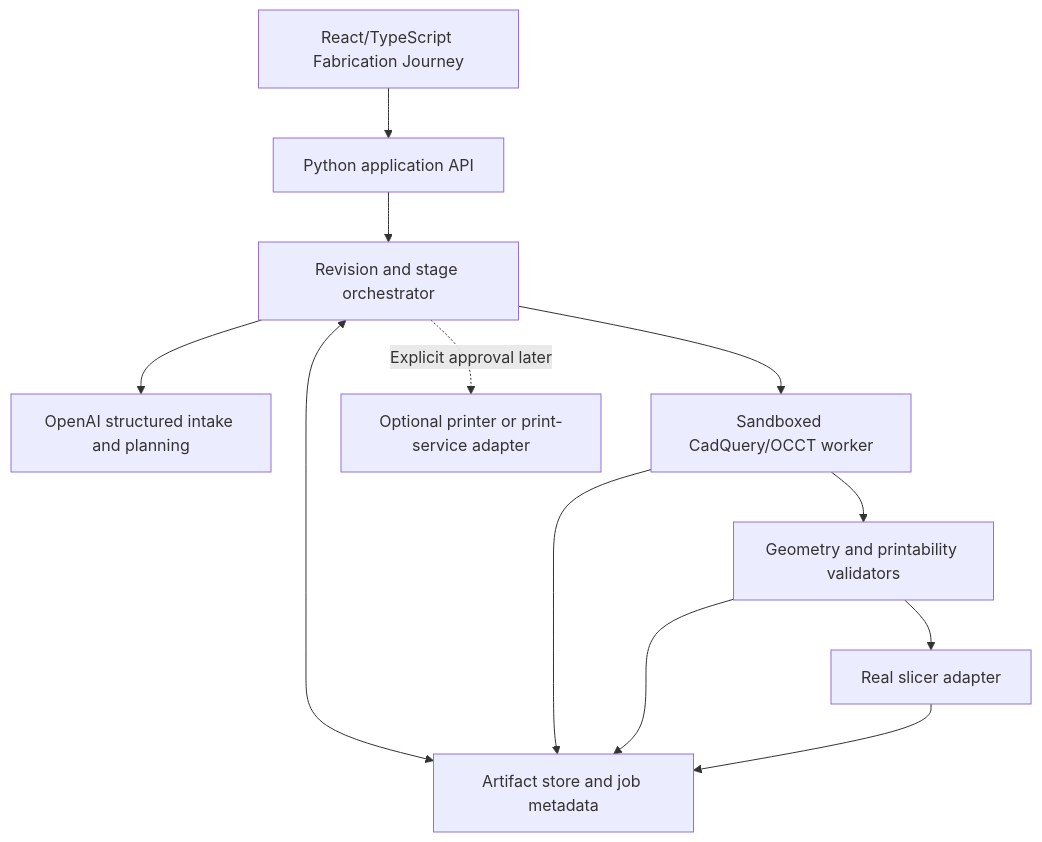
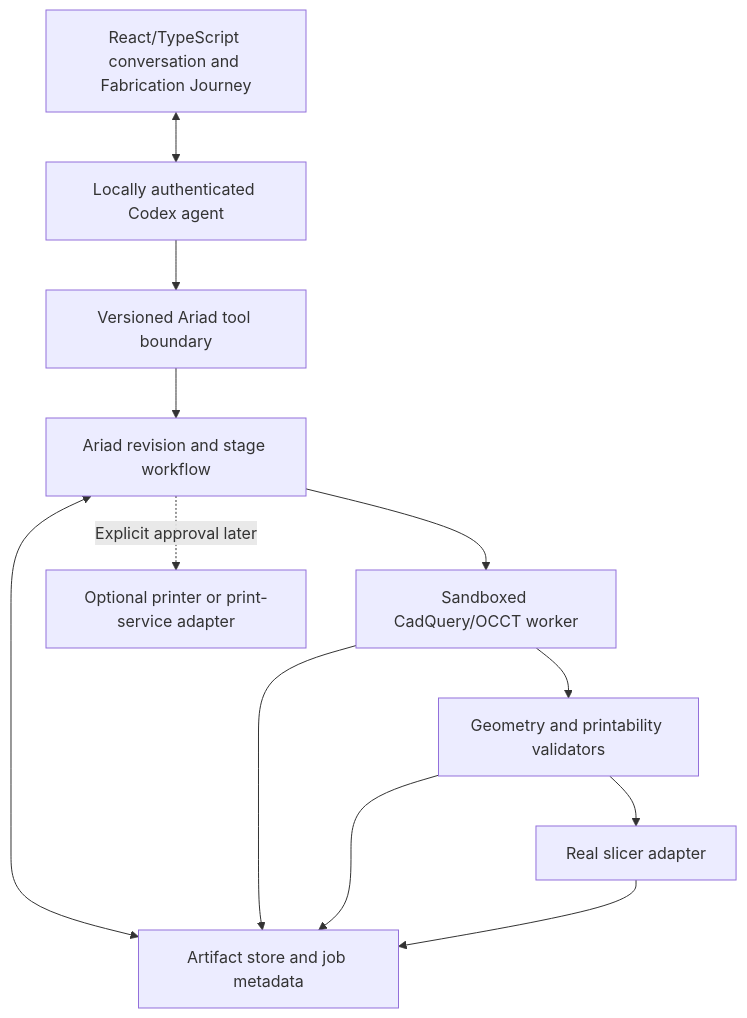
One commit to tuancookiez-hub/AriadFabrication changed the diagram in docs/ARCHITECTURE.md. Above: the diagram before and after it, drawn with Mermaid. The commit also changed other lines of this file and 8 other files, not shown here.

Commit message:
feat: define local Codex fabrication tool boundary

````diff
--- a/docs/ARCHITECTURE.md
+++ b/docs/ARCHITECTURE.md
@@ -9,24 +9,24 @@
 ```mermaid
 flowchart TD
-    UI["React/TypeScript Fabrication Journey"]
-    API["Python application API"]
-    ORCH["Revision and stage orchestrator"]
-    AI["OpenAI structured intake and planning"]
+    UI["React/TypeScript conversation and Fabrication Journey"]
+    CODEX["Locally authenticated Codex agent"]
+    TOOLS["Versioned Ariad tool boundary"]
+    ORCH["Ariad revision and stage workflow"]
     CAD["Sandboxed CadQuery/OCCT worker"]
     VAL["Geometry and printability validators"]
     SLICE["Real slicer adapter"]
     STORE["Artifact store and job metadata"]
     PRINT["Optional printer or print-service adapter"]
 
-    UI --> API
-    API --> ORCH
-    ORCH --> AI
+    UI <--> CODEX
+    CODEX --> TOOLS
+    TOOLS --> ORCH
     ORCH --> CAD
     CAD --> VAL
     VAL --> SLICE
     ORCH <--> STORE
     CAD --> STORE
     VAL --> STORE
     SLICE --> STORE
     ORCH -. "Explicit approval later" .-> PRINT
 ```
````
